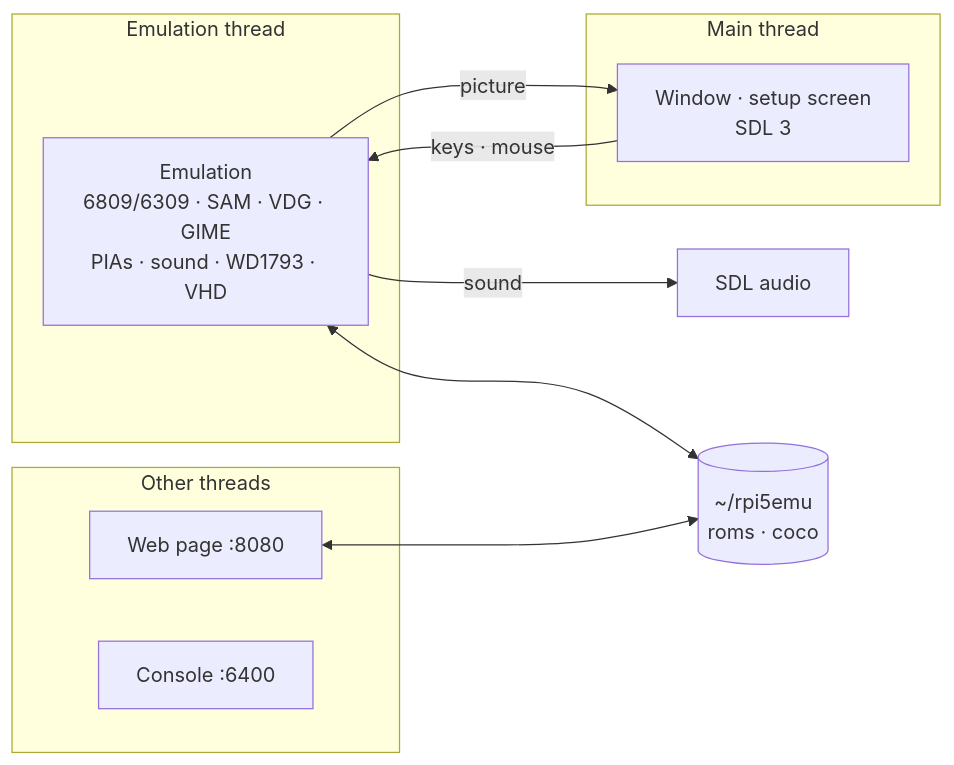
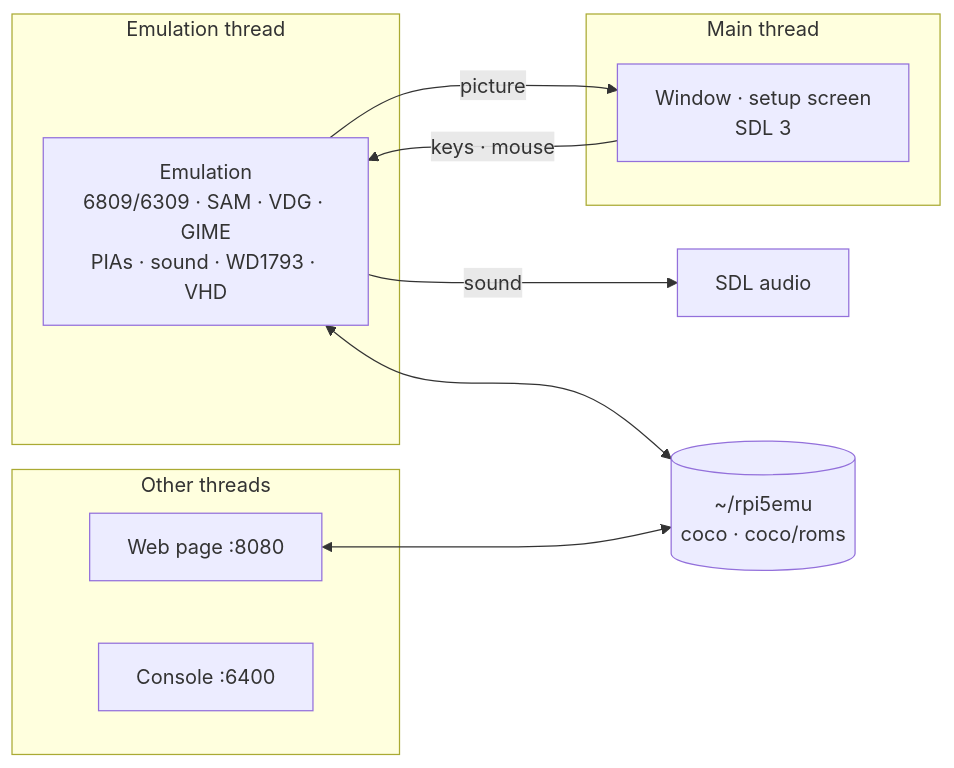
Before and after one commit to rlucencic/rpi5coco: the diagram in README.md, drawn with Mermaid. The commit also changed other lines of this file and 3 other files, not shown here.

First line of the commit message:
ROMs in ~/rpi5emu/coco/roms

````diff
--- a/README.md
+++ b/README.md
@@ -185,19 +185,19 @@
 ```mermaid
 flowchart LR
   subgraph emu [Emulation thread]
     EMU["Emulation<br>6809/6309 · SAM · VDG · GIME<br>PIAs · sound · WD1793 · VHD"]
   end
   subgraph main [Main thread]
     WIN["Window · setup screen<br>SDL 3"]
   end
   subgraph others [Other threads]
     WEB[Web page :8080]
     CON[Console :6400]
   end
   EMU -- picture --> WIN
   EMU -- sound --> SND[SDL audio]
   WIN -- keys · mouse --> EMU
-  DATA[("~/rpi5emu<br>roms · coco")]
+  DATA[("~/rpi5emu<br>coco · coco/roms")]
   EMU <--> DATA
   WEB <--> DATA
 ```
````
